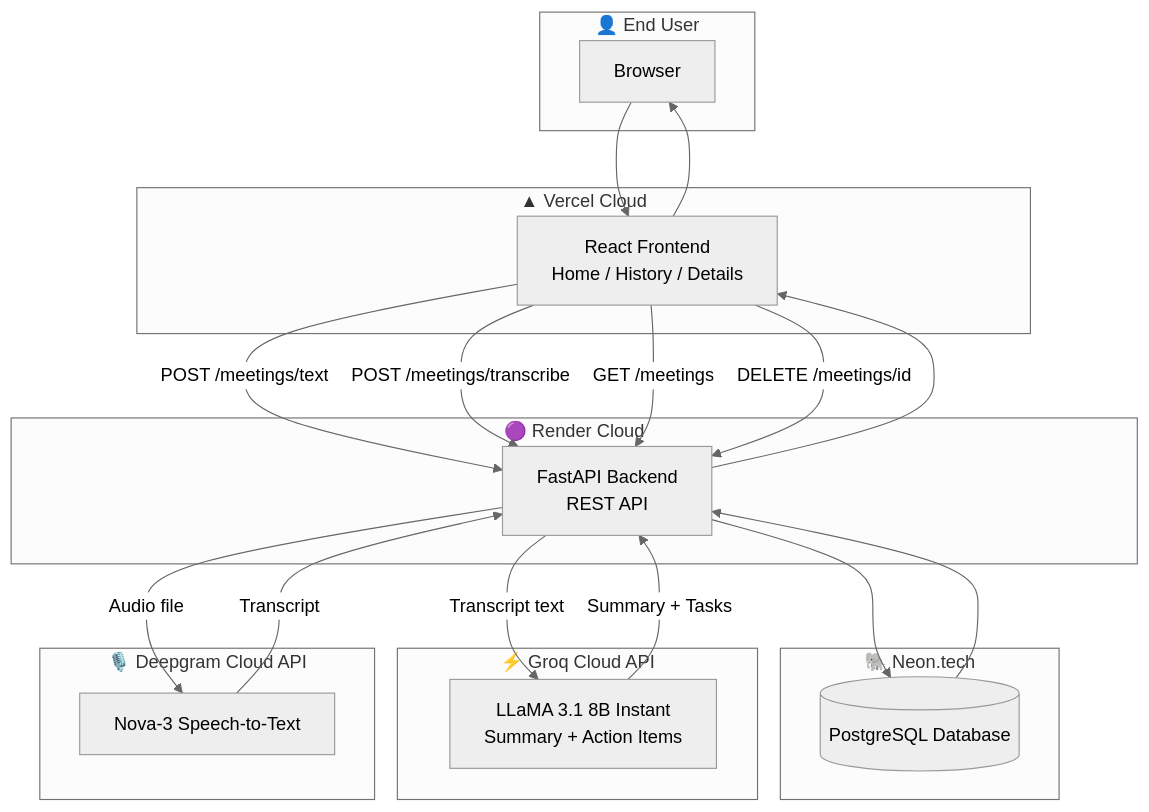
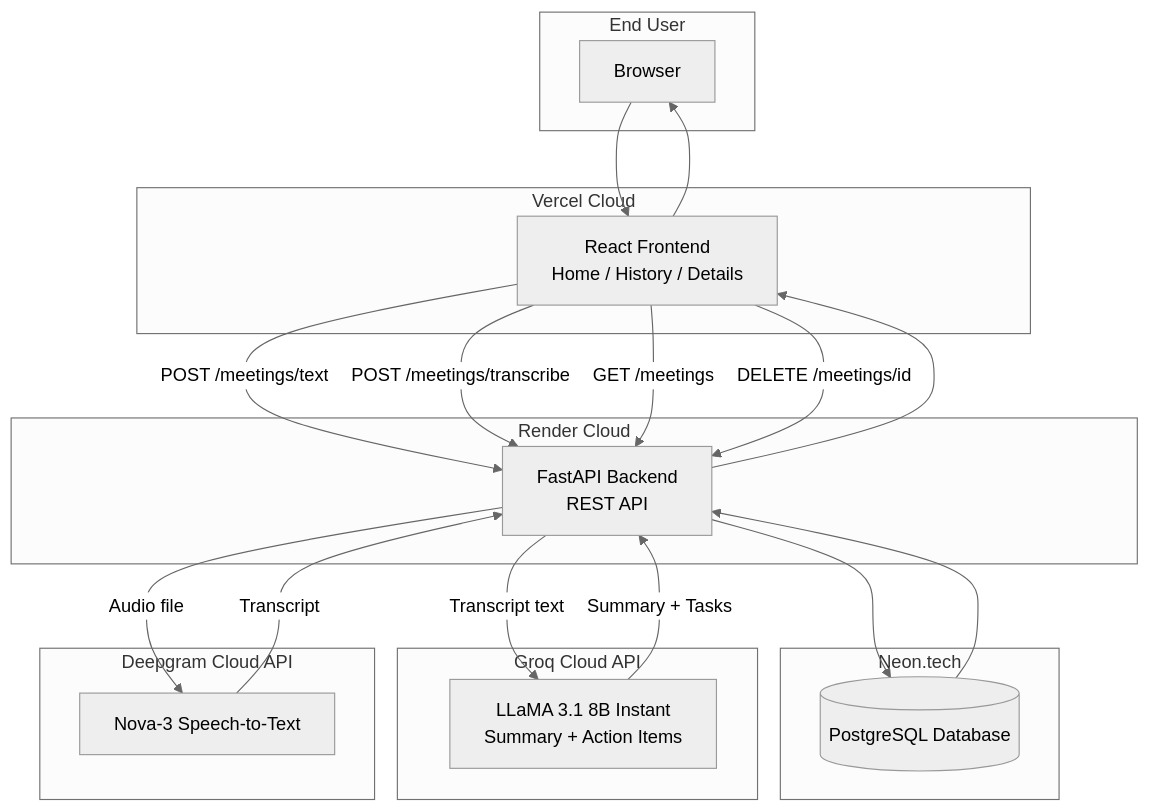
The second of 2 diagrams in README.md (tolik-174/cloudzadanie2), drawn with Mermaid (neutral theme) before and after one commit. The commit also changed other lines of this file, not shown here.

First line of the commit message:
Add UI flow and cloud deployment diagrams to README

````diff
--- a/README.md
+++ b/README.md
@@ -184,46 +223,46 @@
 ```mermaid
 flowchart TD
 
-    subgraph USER["👤 End User"]
+    subgraph USER["End User"]
         U[Browser]
     end
 
-    subgraph VERCEL["▲ Vercel Cloud"]
+    subgraph VERCEL["Vercel Cloud"]
         FE[React Frontend<br/>Home / History / Details]
     end
 
-    subgraph RENDER["🟣 Render Cloud"]
+    subgraph RENDER["Render Cloud"]
         BE[FastAPI Backend<br/>REST API]
     end
 
-    subgraph NEON["🐘 Neon.tech"]
+    subgraph NEON["Neon.tech"]
         DB[(PostgreSQL Database)]
     end
 
-    subgraph GROQ["⚡ Groq Cloud API"]
+    subgraph GROQ["Groq Cloud API"]
         AI[LLaMA 3.1 8B Instant<br/>Summary + Action Items]
     end
 
-    subgraph DEEPGRAM["🎙️ Deepgram Cloud API"]
+    subgraph DEEPGRAM["Deepgram Cloud API"]
         STT[Nova-3 Speech-to-Text]
     end
 
     U --> FE
 
     FE -->|POST /meetings/text| BE
     FE -->|POST /meetings/transcribe| BE
     FE -->|GET /meetings| BE
     FE -->|DELETE /meetings/id| BE
 
     BE --> DB
     DB --> BE
 
     BE -->|Transcript text| AI
     AI -->|Summary + Tasks| BE
 
     BE -->|Audio file| STT
     STT -->|Transcript| BE
 
     BE --> FE
     FE --> U
 ```
````
